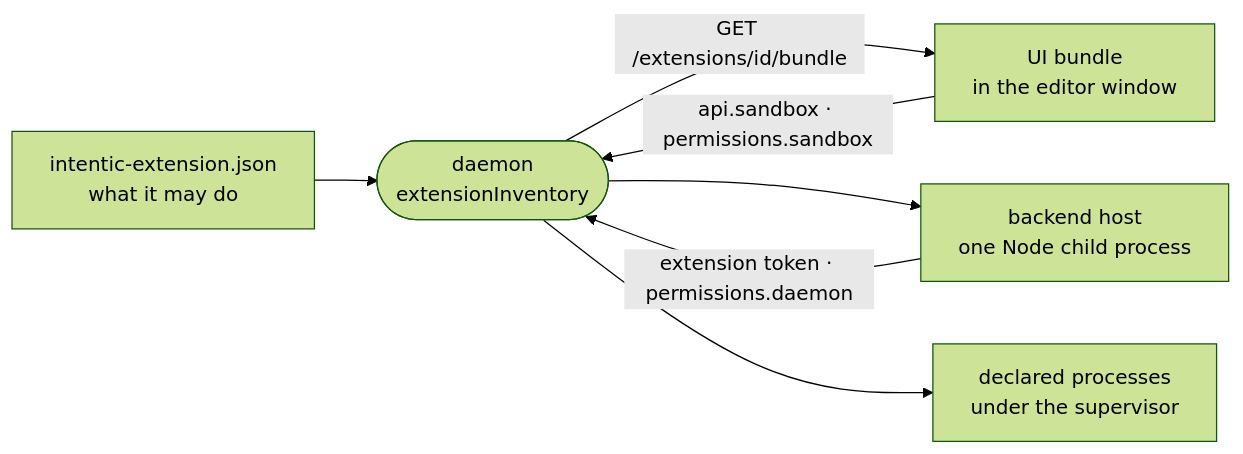
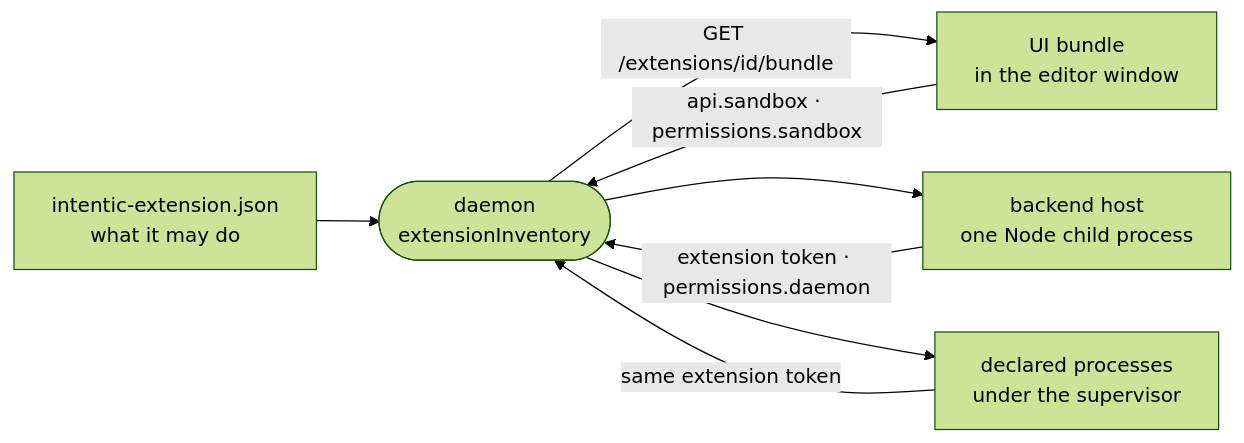
Before and after one commit to intentic/intentic: the diagram in docs/architecture/extensions.md, drawn with Mermaid (forest theme). The commit also changed other lines of this file and 32 other files, not shown here.

First line of the commit message:
feat(sandbox)!: add extensionGrant and replace extensionMcpToken with extensionMcpMounts

````diff
--- a/docs/architecture/extensions.md
+++ b/docs/architecture/extensions.md
@@ -5,9 +5,10 @@
 ```mermaid
 flowchart LR
     manifest["intentic-extension.json<br/>what it may do"] --> daemon(["daemon<br/>extensionInventory"])
     daemon -->|"GET /extensions/id/bundle"| ui["UI bundle<br/>in the editor window"]
     daemon --> backend["backend host<br/>one Node child process"]
     daemon --> procs["declared processes<br/>under the supervisor"]
     ui -->|"api.sandbox · permissions.sandbox"| daemon
     backend -->|"extension token · permissions.daemon"| daemon
+    procs -->|"same extension token"| daemon
 ```
````
